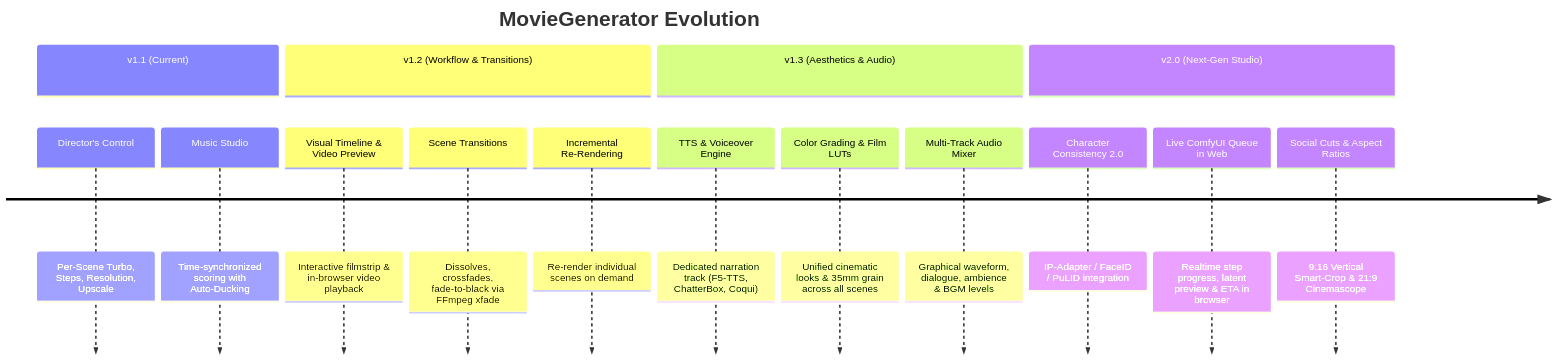
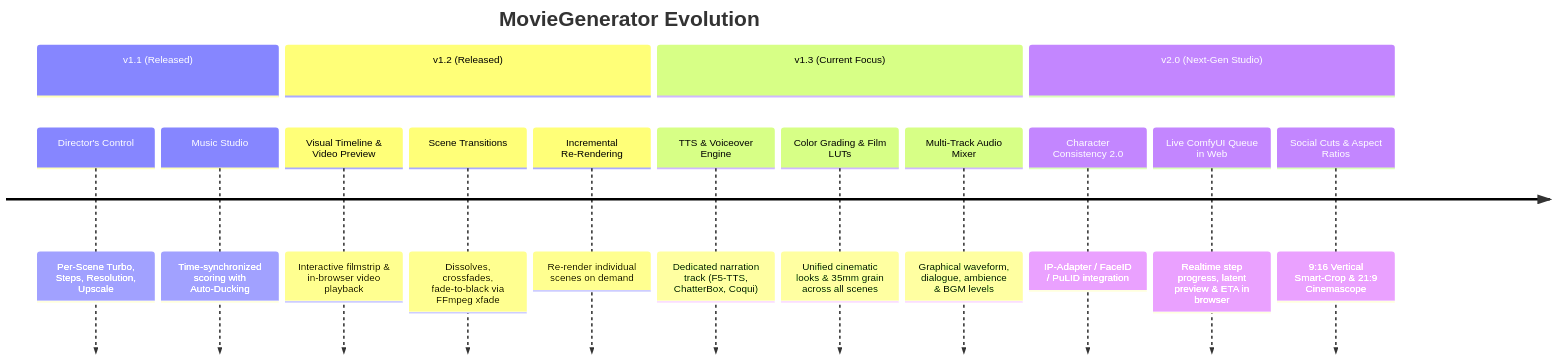
Before and after one commit to UbivisMedia/ComfyUI-MovieGenerator: the diagram in ROADMAP.md, drawn with Mermaid. The commit also changed other lines of this file and 9 other files, not shown here.

First line of the commit message:
feat(v1.2.0): visual storyboard timeline, video preview, transitions & incremental reshoot

````diff
--- a/ROADMAP.md
+++ b/ROADMAP.md
@@ -9,19 +9,19 @@
 ```mermaid
 timeline
     title MovieGenerator Evolution
-    section v1.1 (Current)
+    section v1.1 (Released)
         Director's Control : Per-Scene Turbo, Steps, Resolution, Upscale
         Music Studio : Time-synchronized scoring with Auto-Ducking
-    section v1.2 (Workflow & Transitions)
+    section v1.2 (Released)
         Visual Timeline & Video Preview : Interactive filmstrip & in-browser video playback
         Scene Transitions : Dissolves, crossfades, fade-to-black via FFmpeg xfade
         Incremental Re-Rendering : Re-render individual scenes on demand
-    section v1.3 (Aesthetics & Audio)
+    section v1.3 (Current Focus)
         TTS & Voiceover Engine : Dedicated narration track (F5-TTS, ChatterBox, Coqui)
         Color Grading & Film LUTs : Unified cinematic looks & 35mm grain across all scenes
         Multi-Track Audio Mixer : Graphical waveform, dialogue, ambience & BGM levels
     section v2.0 (Next-Gen Studio)
         Character Consistency 2.0 : IP-Adapter / FaceID / PuLID integration
         Live ComfyUI Queue in Web : Realtime step progress, latent preview & ETA in browser
         Social Cuts & Aspect Ratios : 9:16 Vertical Smart-Crop & 21:9 Cinemascope
 ```
````
